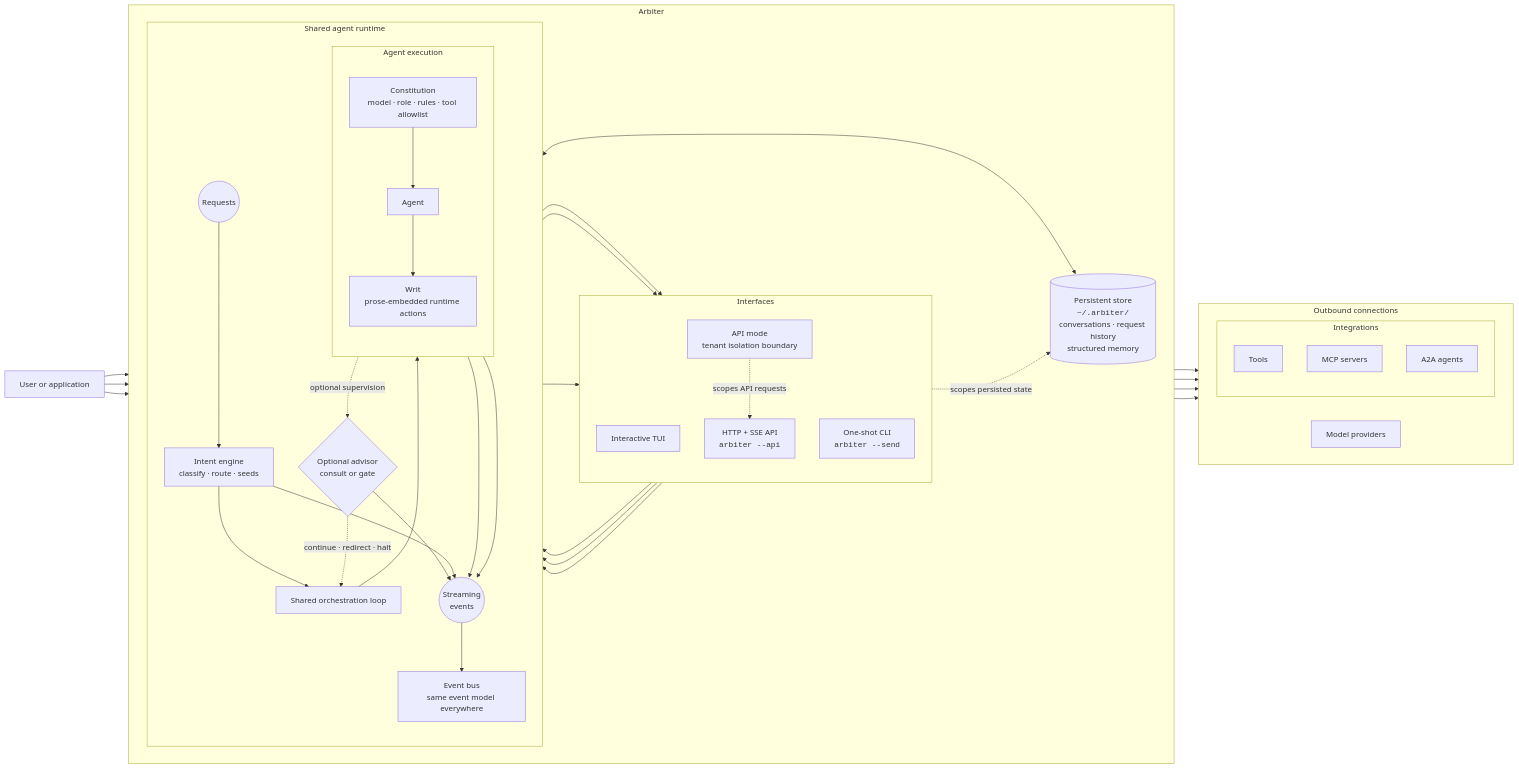
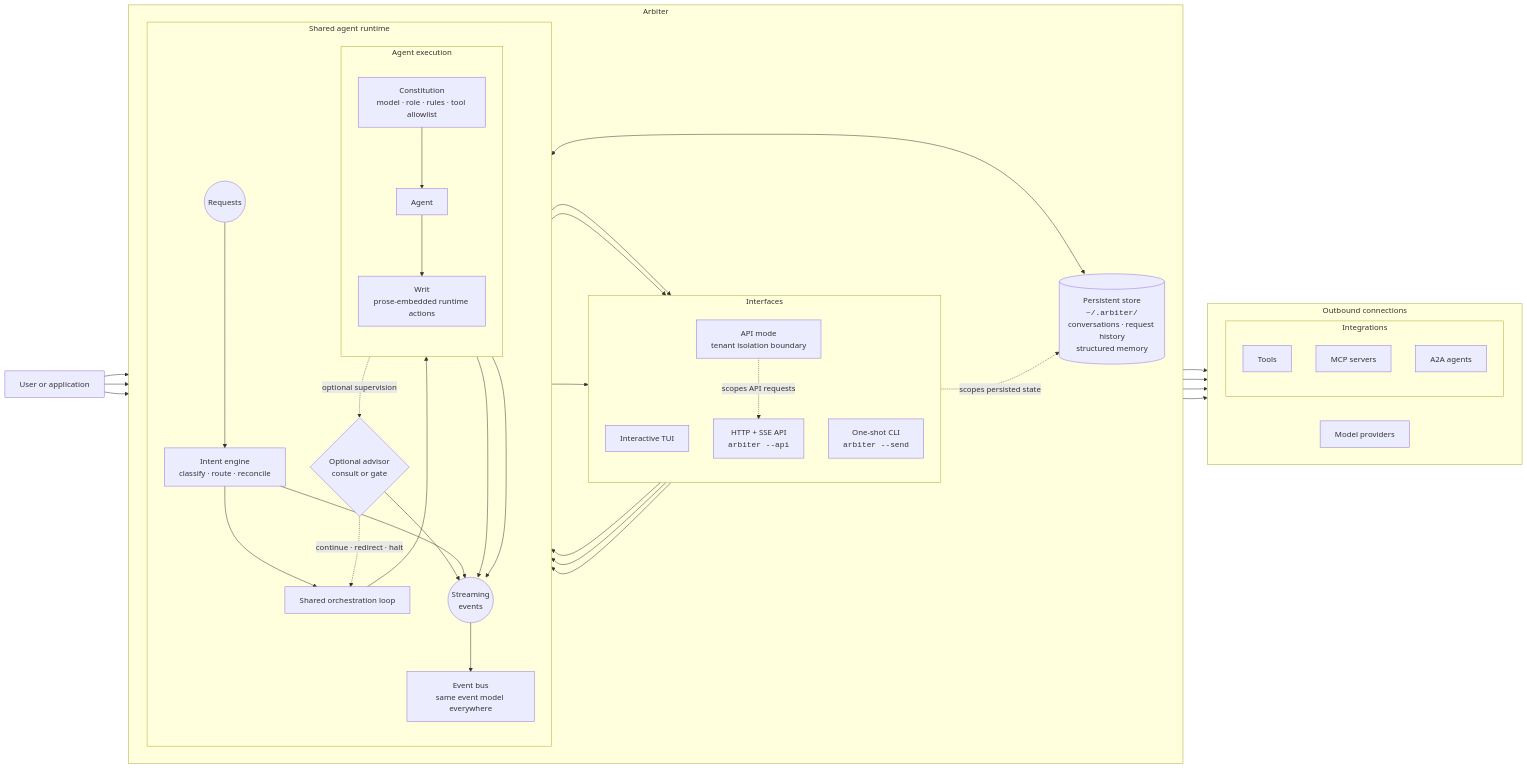
The diagram in docs/concepts/architecture.md (tylerreckart/arbiter), drawn with Mermaid before and after one commit. The commit also changed other lines of this file and 25 other files, not shown here.

First line of the commit message:
Add intent reconcile for desired-end-state workspaces.

```diff
--- a/docs/concepts/architecture.md
+++ b/docs/concepts/architecture.md
@@ -30,7 +30,7 @@
 
             REQUESTS(("Requests"))
 
-            INTENT["Intent engine<br/>classify · route · seeds"]
+            INTENT["Intent engine<br/>classify · route · reconcile"]
 
             ORCHESTRATION["Shared orchestration loop"]
 
```
